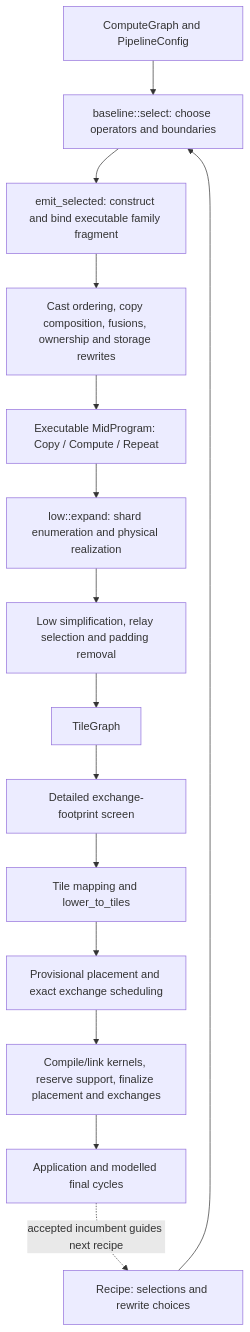
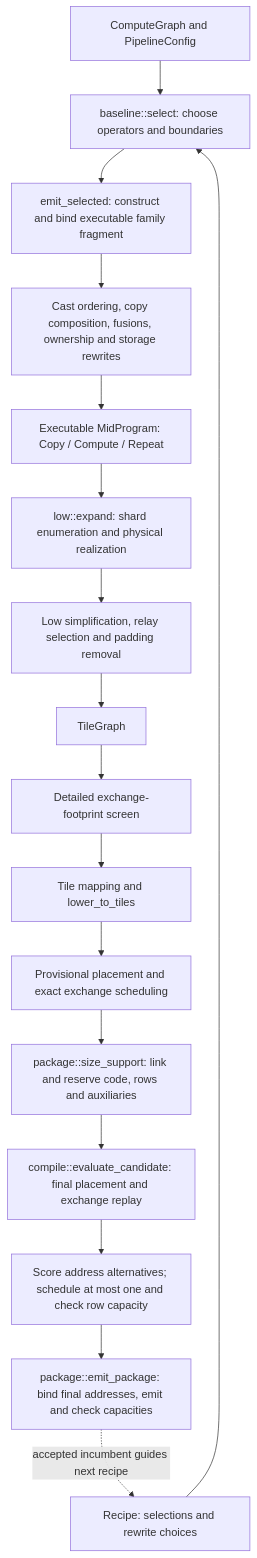
Before and after one commit to osmarks/ipu-stack: the first of 3 diagrams in docs/COMPILER_DATA_FLOW.md, drawn with Mermaid. The commit also changed other lines of this file and 14 other files, not shown here.

````diff
--- a/docs/COMPILER_DATA_FLOW.md
+++ b/docs/COMPILER_DATA_FLOW.md
@@ -50,17 +51,19 @@
 ```mermaid
 flowchart TD
   G[ComputeGraph and PipelineConfig] --> P[baseline::select: choose operators and boundaries]
   R[Recipe: selections and rewrite choices] --> P
   P --> I[emit_selected: construct and bind executable family fragment]
   I --> W[Cast ordering, copy composition, fusions, ownership and storage rewrites]
   W --> M[Executable MidProgram: Copy / Compute / Repeat]
   M --> E[low::expand: shard enumeration and physical realization]
   E --> O[Low simplification, relay selection and padding removal]
   O --> T[TileGraph]
   T --> F[Detailed exchange-footprint screen]
   F --> L[Tile mapping and lower_to_tiles]
   L --> V[Provisional placement and exact exchange scheduling]
-  V --> B[Compile/link kernels, reserve support, finalize placement and exchanges]
-  B --> A[Application and modelled final cycles]
+  V --> S[package::size_support: link and reserve code, rows and auxiliaries]
+  S --> B[compile::evaluate_candidate: final placement and exchange replay]
+  B --> C[Score address alternatives; schedule at most one and check row capacity]
+  C --> A[package::emit_package: bind final addresses, emit and check capacities]
   A -. accepted incumbent guides next recipe .-> R
 ```
````
